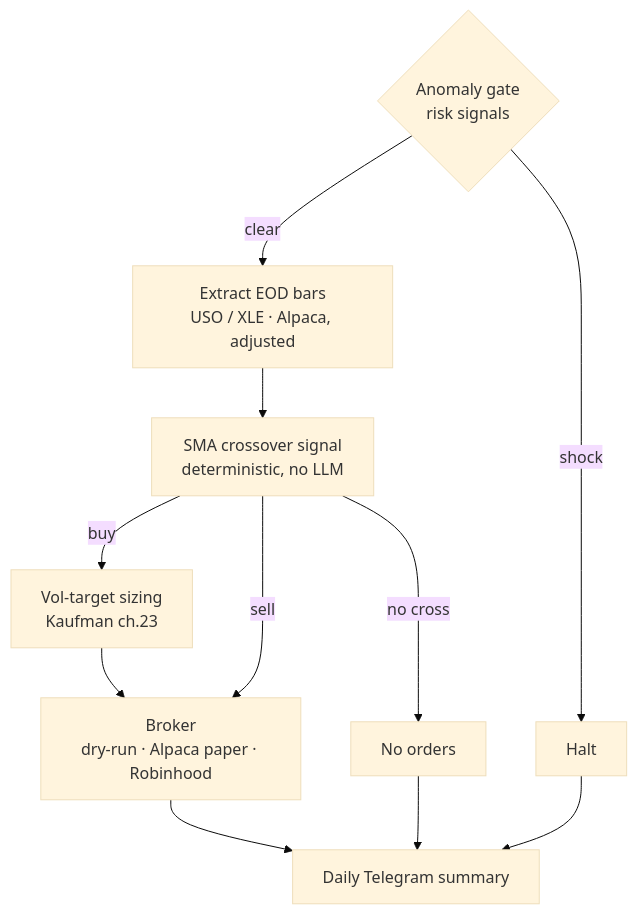
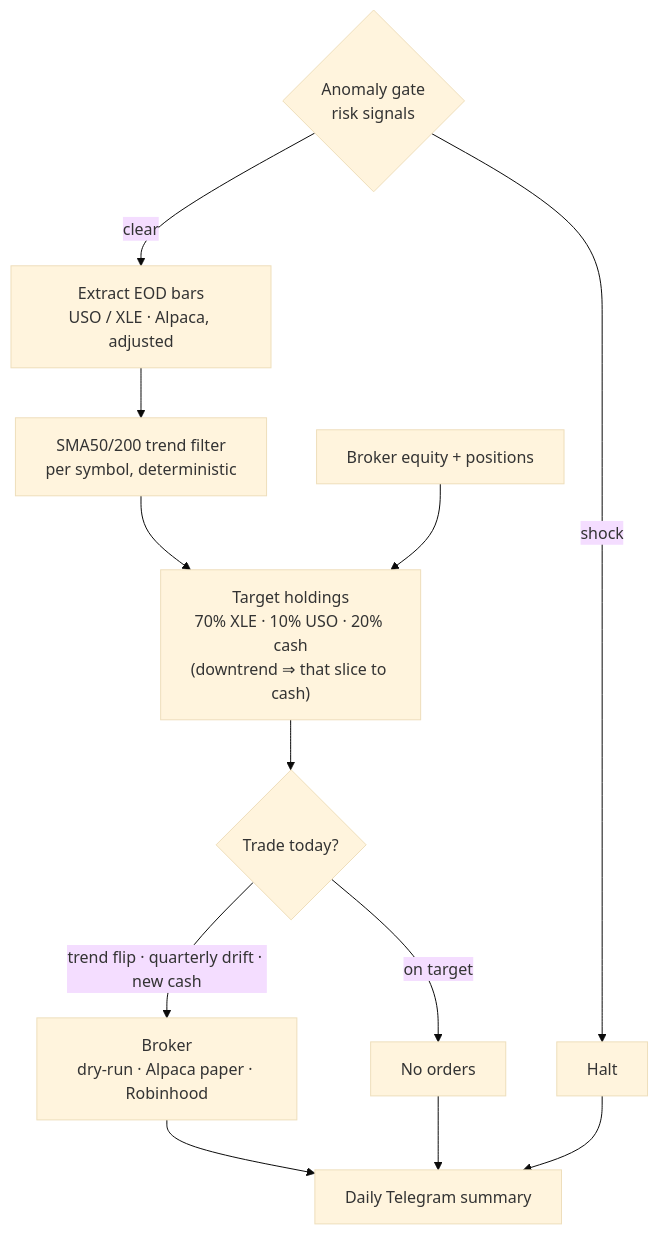
One commit to godot107/energy-batch-trader changed the first of 4 diagrams in README.md. Above: the diagram before and after it, drawn with Mermaid (base theme). The commit also changed other lines of this file and 11 other files, not shown here.

First line of the commit message:
Re-weight live mix to 70/10/20 + SMA50/200 filter on 20-year evidence; add blog

````diff
--- a/README.md
+++ b/README.md
@@ -13,13 +20,14 @@
 ```mermaid
 flowchart TD
     G{Anomaly gate<br/>risk signals} -- shock --> H[Halt]
     G -- clear --> X[Extract EOD bars<br/>USO / XLE · Alpaca, adjusted]
-    X --> S[SMA crossover signal<br/>deterministic, no LLM]
-    S -- buy --> V[Vol-target sizing<br/>Kaufman ch.23]
-    V --> B[Broker<br/>dry-run · Alpaca paper · Robinhood]
-    S -- sell --> B
-    S -- no cross --> N[No orders]
+    X --> F[SMA50/200 trend filter<br/>per symbol, deterministic]
+    F --> P["Target holdings<br/>70% XLE · 10% USO · 20% cash<br/>(downtrend ⇒ that slice to cash)"]
+    A[Broker equity + positions] --> P
+    P --> R{Trade today?}
+    R -- "trend flip · quarterly drift · new cash" --> B[Broker<br/>dry-run · Alpaca paper · Robinhood]
+    R -- on target --> N[No orders]
     B --> T[Daily Telegram summary]
     N --> T
     H --> T
 ```
````
